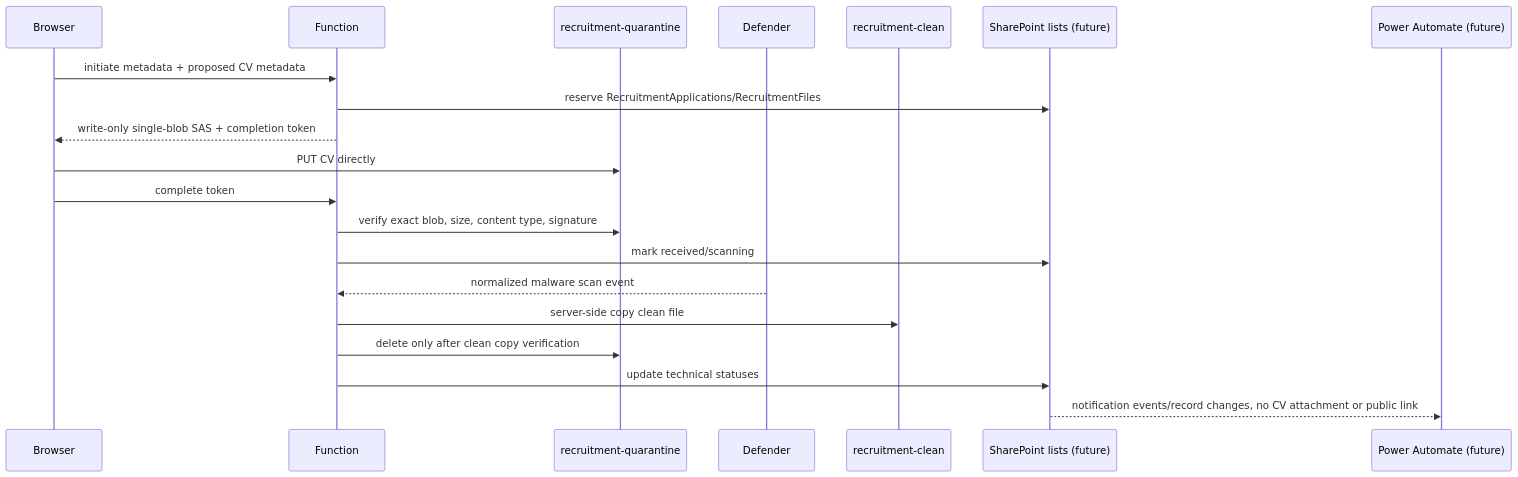
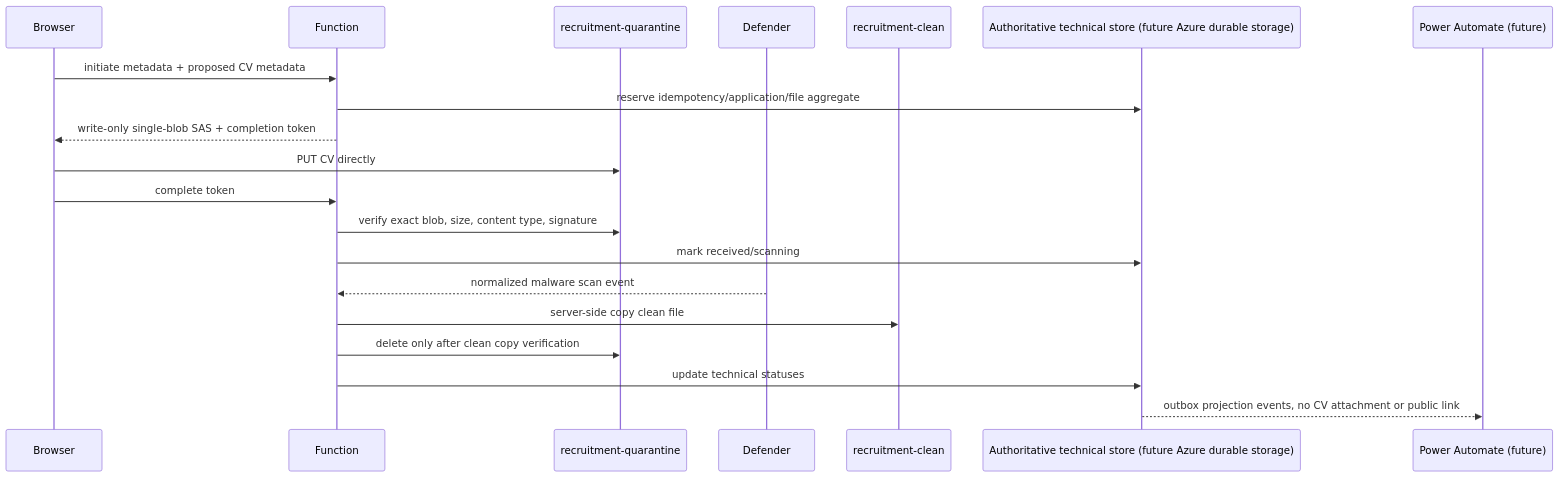
The diagram in docs/recruitment-application-backend.md (shorevest/website), drawn with Mermaid before and after one commit. The commit also changed other lines of this file and 7 other files, not shown here.

````diff
--- a/docs/recruitment-application-backend.md
+++ b/docs/recruitment-application-backend.md
@@ -16,22 +16,22 @@
 ```mermaid
 sequenceDiagram
   participant Browser
   participant Function
   participant Quarantine as recruitment-quarantine
   participant Defender
   participant Clean as recruitment-clean
-  participant Records as SharePoint lists (future)
+  participant Records as Authoritative technical store (future Azure durable storage)
   participant PowerAutomate as Power Automate (future)
   Browser->>Function: initiate metadata + proposed CV metadata
-  Function->>Records: reserve RecruitmentApplications/RecruitmentFiles
+  Function->>Records: reserve idempotency/application/file aggregate
   Function-->>Browser: write-only single-blob SAS + completion token
   Browser->>Quarantine: PUT CV directly
   Browser->>Function: complete token
   Function->>Quarantine: verify exact blob, size, content type, signature
   Function->>Records: mark received/scanning
   Defender-->>Function: normalized malware scan event
   Function->>Clean: server-side copy clean file
   Function->>Quarantine: delete only after clean copy verification
   Function->>Records: update technical statuses
-  Records-->>PowerAutomate: notification events/record changes, no CV attachment or public link
+  Records-->>PowerAutomate: outbox projection events, no CV attachment or public link
 ```
````
